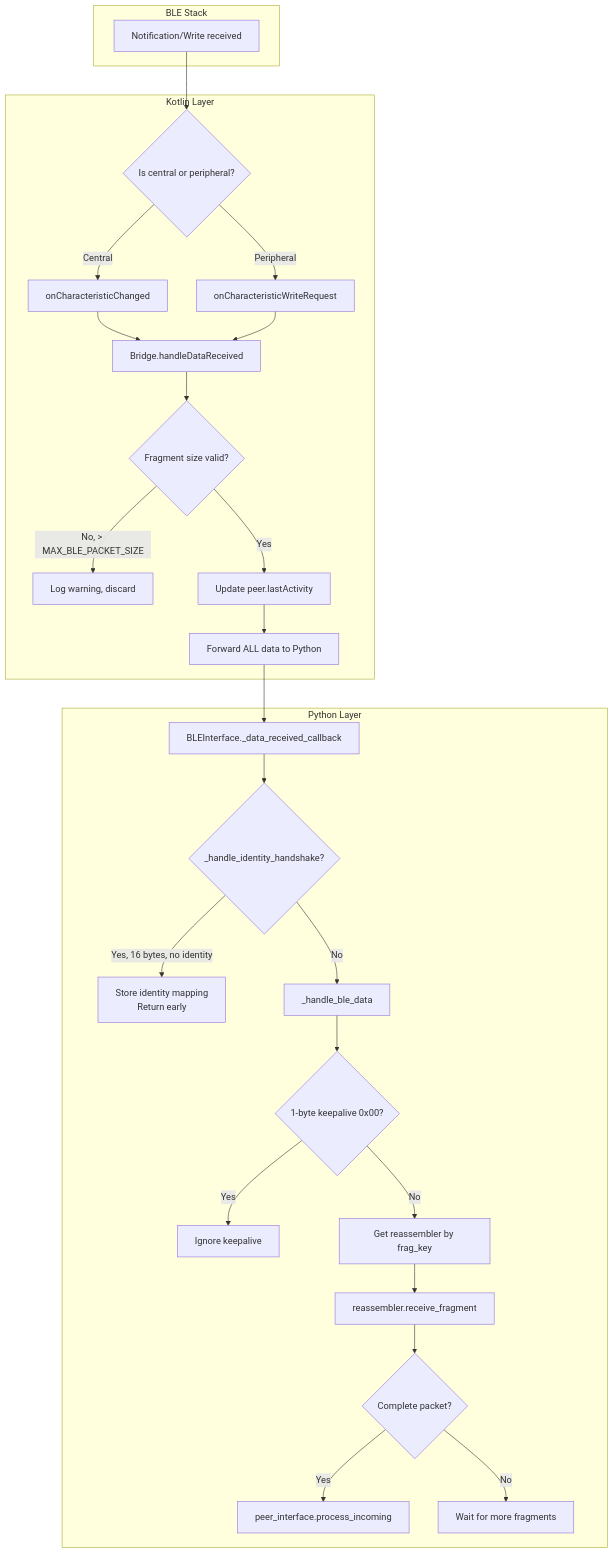
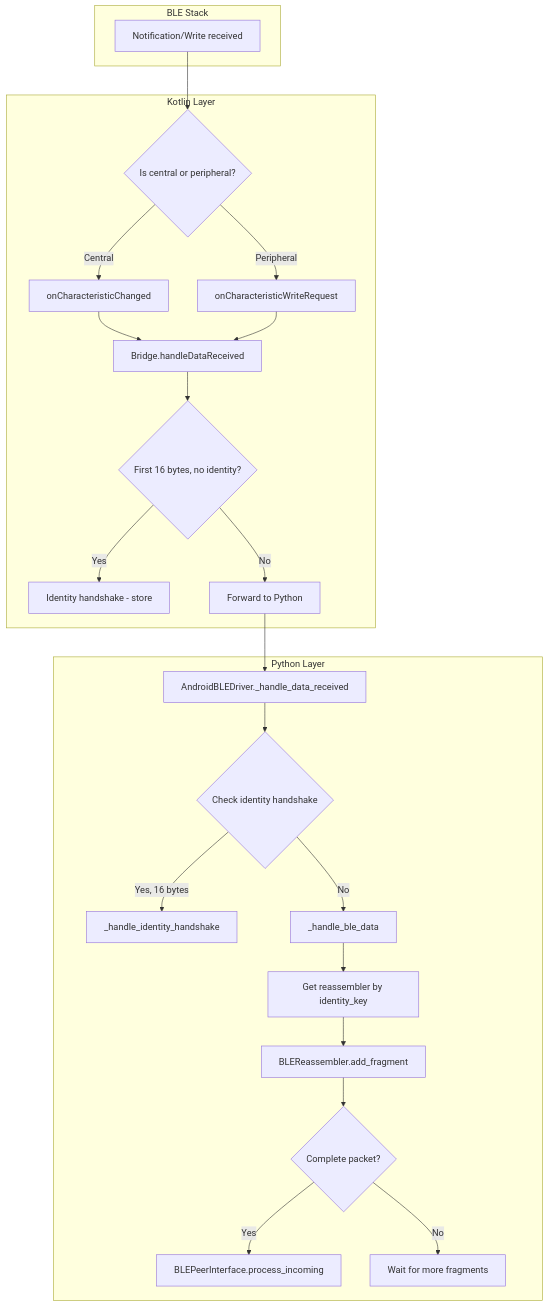
One commit to derpyspike/columba changed diagram 14 of 17 in docs/ble-architecture.md. Above: the diagram before and after it, drawn with Mermaid. The commit also changed other lines of this file, not shown here.

Commit message:
docs(ble): improve architecture diagram layout and structure

````diff
--- a/docs/ble-architecture.md
+++ b/docs/ble-architecture.md
@@ -659,32 +456,29 @@
 ```mermaid
 flowchart TB
     subgraph BLE["BLE Stack"]
         A[Notification/Write received]
     end
 
     subgraph Kotlin["Kotlin Layer"]
         A --> B{Is central or peripheral?}
         B -->|Central| C[onCharacteristicChanged]
         B -->|Peripheral| D[onCharacteristicWriteRequest]
         C --> E[Bridge.handleDataReceived]
         D --> E
-        E --> F{Fragment size valid?}
-        F -->|No, > MAX_BLE_PACKET_SIZE| G[Log warning, discard]
-        F -->|Yes| H[Update peer.lastActivity]
-        H --> I[Forward ALL data to Python]
+        E --> F{First 16 bytes, no identity?}
+        F -->|Yes| G[Identity handshake - store]
+        F -->|No| H[Forward to Python]
     end
 
     subgraph Python["Python Layer"]
-        I --> J[BLEInterface._data_received_callback]
-        J --> K{_handle_identity_handshake?}
-        K -->|Yes, 16 bytes, no identity| L[Store identity mapping<br/>Return early]
-        K -->|No| M[_handle_ble_data]
-        M --> N{1-byte keepalive 0x00?}
-        N -->|Yes| O[Ignore keepalive]
-        N -->|No| P[Get reassembler by frag_key]
-        P --> Q[reassembler.receive_fragment]
-        Q --> R{Complete packet?}
-        R -->|Yes| S[peer_interface.process_incoming]
-        R -->|No| T[Wait for more fragments]
+        H --> I[AndroidBLEDriver._handle_data_received]
+        I --> J{Check identity handshake}
+        J -->|Yes, 16 bytes| K[_handle_identity_handshake]
+        J -->|No| L[_handle_ble_data]
+        L --> M[Get reassembler by identity_key]
+        M --> N[BLEReassembler.add_fragment]
+        N --> O{Complete packet?}
+        O -->|Yes| P[BLEPeerInterface.process_incoming]
+        O -->|No| Q[Wait for more fragments]
     end
 ```
````
